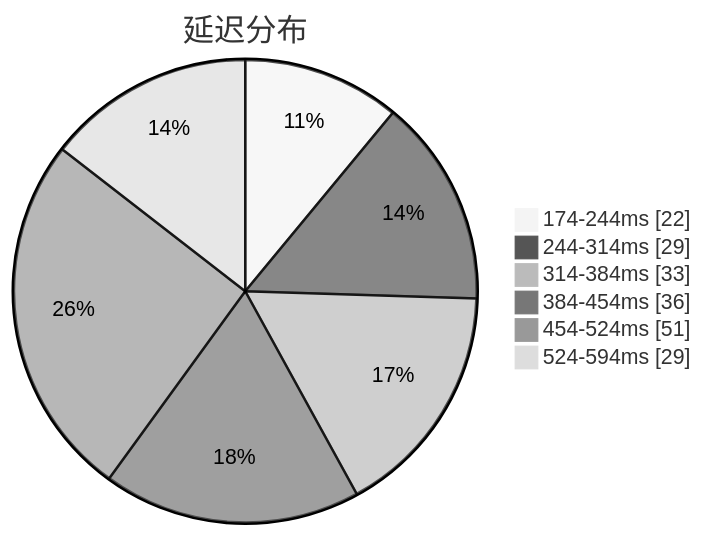
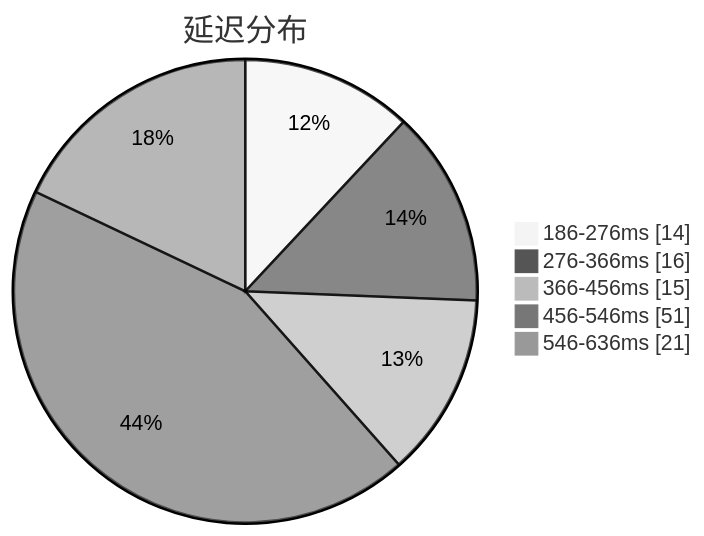
The first of 3 diagrams in subs/statistics/tested_within.md (qjlxg/airport), drawn with Mermaid (neutral theme) before and after one commit. The commit also changed other lines of this file and 2 other files, not shown here.

````diff
--- a/subs/statistics/tested_within.md
+++ b/subs/statistics/tested_within.md
@@ -2,10 +2,9 @@
 ```mermaid
 pie showData
 title 延迟分布
-"174-244ms" : 22
-"244-314ms" : 29
-"314-384ms" : 33
-"384-454ms" : 36
-"454-524ms" : 51
-"524-594ms" : 29
+"186-276ms" : 14
+"276-366ms" : 16
+"366-456ms" : 15
+"456-546ms" : 51
+"546-636ms" : 21
 ```
````
